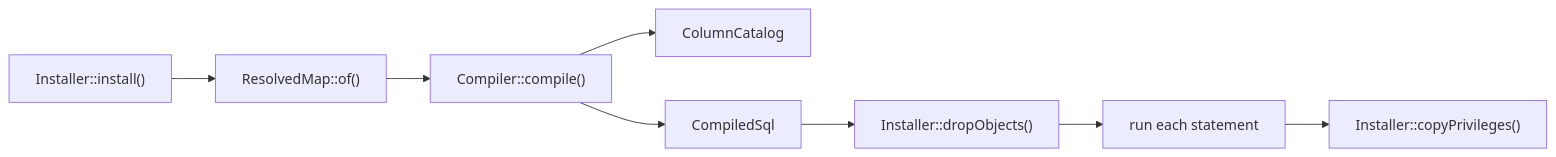
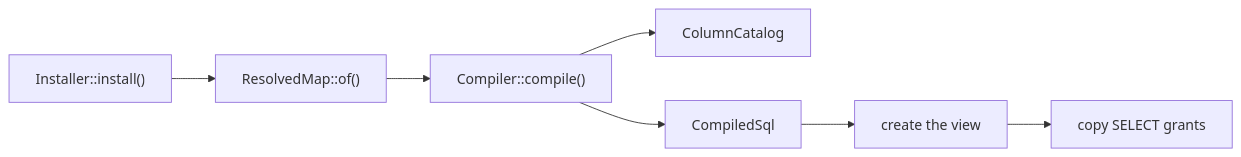
The diagram in docs/flows/compiling-and-installing-the-schema.md (AryeoHQ/eloquent-compatibility), drawn with Mermaid before and after one commit. The commit also changed other lines of this file and 35 other files, not shown here.

First line of the commit message:
docs(compatibility): document the write router and the trigger-free schema

````diff
--- a/docs/flows/compiling-and-installing-the-schema.md
+++ b/docs/flows/compiling-and-installing-the-schema.md
@@ -5,10 +5,9 @@
 ```mermaid
 flowchart LR
   Install["Installer::install()"] --> Resolve["ResolvedMap::of()"]
   Resolve --> Compile["Compiler::compile()"]
   Compile --> Catalog["ColumnCatalog"]
   Compile --> Sql["CompiledSql"]
-  Sql --> Drop["Installer::dropObjects()"]
-  Drop --> Run["run each statement"]
-  Run --> Grants["Installer::copyPrivileges()"]
+  Sql --> Run["create the view"]
+  Run --> Grants["copy SELECT grants"]
 ```
````
